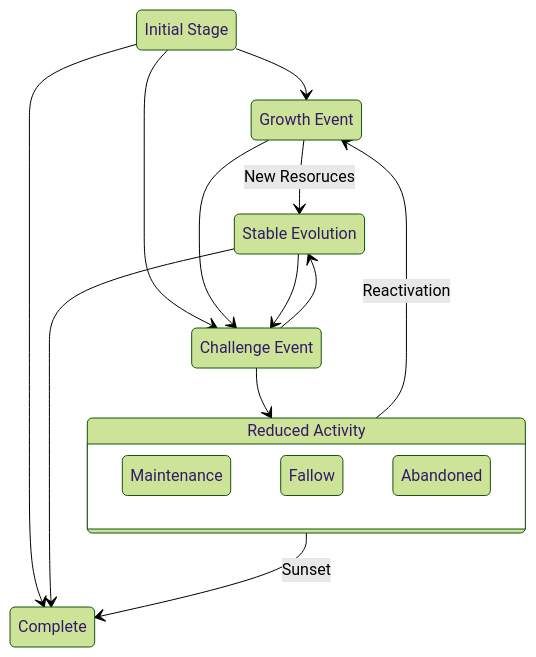
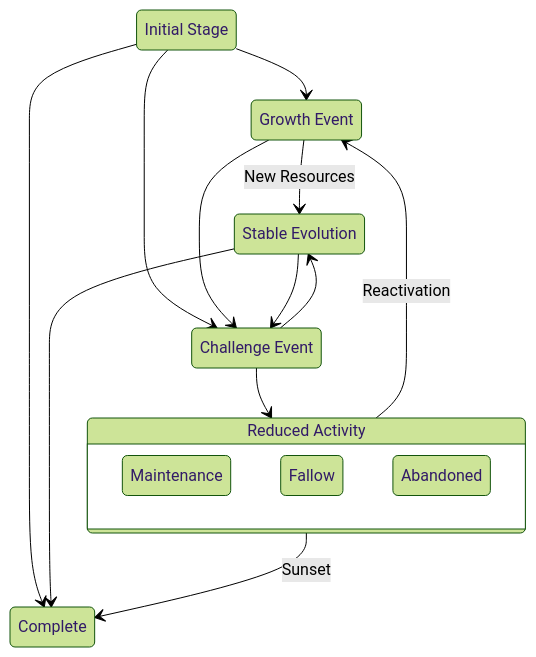
The diagram in lifecycle.md (ser-rse-bridge/RSE-lifecycle), drawn with Mermaid (forest theme) before and after one commit. The commit also changed other lines of this file, not shown here.

Commit message:
fixing spelling

````diff
--- a/lifecycle.md
+++ b/lifecycle.md
@@ -3,24 +3,24 @@
 ```mermaid
 stateDiagram-v2
   Initial: Initial Stage
   Growth: Growth Event
   Evolution: Stable Evolution
   Stale: Reduced Activity
   Challenge: Challenge Event
   Initial --> Growth
   Initial --> Complete
   Initial --> Challenge
-  Growth --> Evolution: New Resoruces
+  Growth --> Evolution: New Resources
   Growth --> Challenge
   Evolution --> Complete
   Evolution --> Challenge
   Challenge --> Evolution
   Challenge --> Stale
   state Stale {
     Maintenance
     Fallow
     Abandoned
   }
   Stale --> Complete: Sunset
   Stale --> Growth: Reactivation
 ```
````
